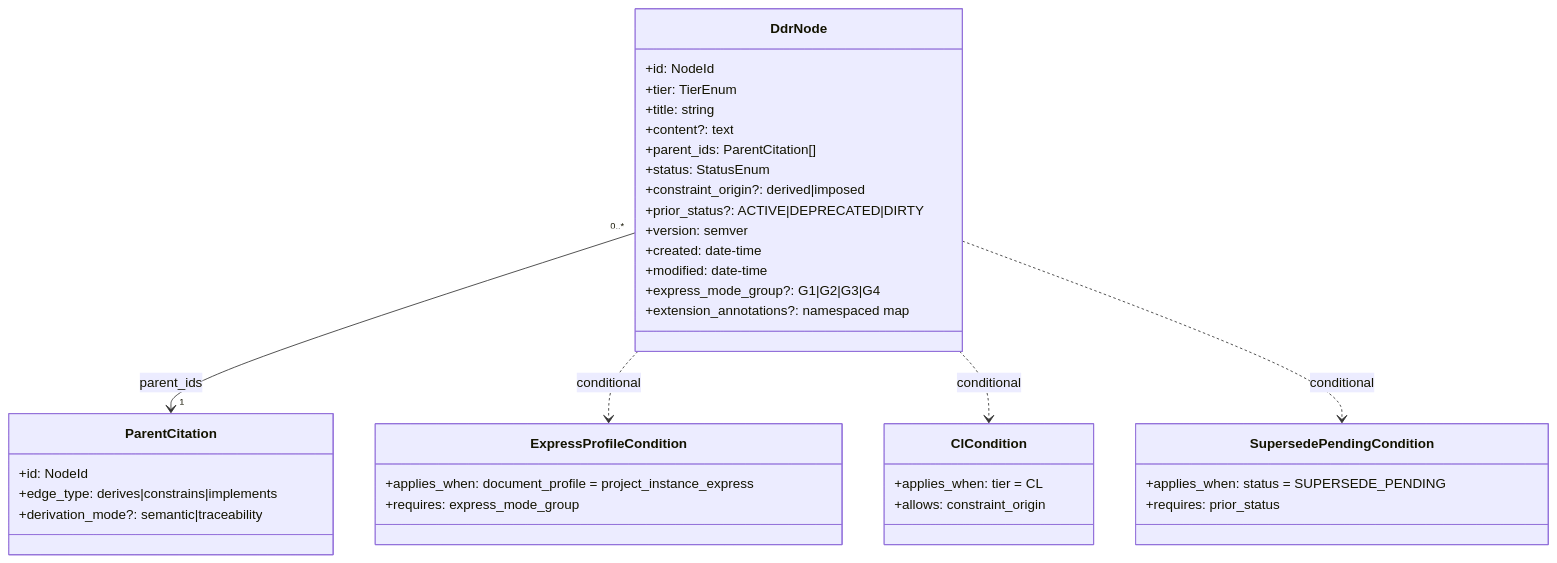
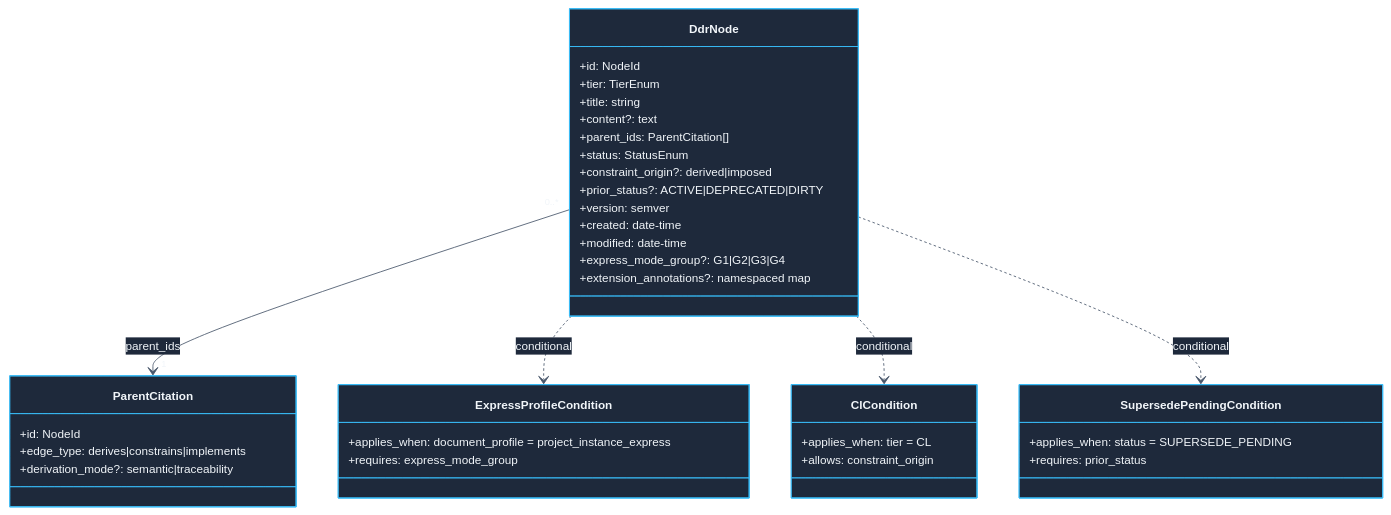
The seventh of 28 diagrams in .agent/assets/proposals/active/v6.3/ddr_ref_manual_v6.3.md (formosa/Antigravity), drawn with Mermaid before and after one commit. The commit also changed other lines of this file and 4 other files, not shown here.

````diff
--- a/.agent/assets/proposals/active/v6.3/ddr_ref_manual_v6.3.md
+++ b/.agent/assets/proposals/active/v6.3/ddr_ref_manual_v6.3.md
@@ -1105,83 +675,60 @@
 ```mermaid
-
+%%{
+  init: {
+    'theme': 'base',
+    'themeVariables': {
+      'primaryColor': '#1e293b',
+      'primaryTextColor': '#f1f5f9',
+      'primaryBorderColor': '#38bdf8',
+      'lineColor': '#475569',
+      'secondaryColor': '#0f172a',
+      'tertiaryColor': '#0f172a',
+      'clusterBkg': 'rgba(30, 41, 59, 0.5)',
+      'clusterBorder': '#475569',
+      'fontSize': '14px',
+      'fontFamily': 'Inter, system-ui, sans-serif',
+      'nodeBorder': '#38bdf8'
+    }
+  }
+}%%
 classDiagram
-
     accTitle: DdrNode and ParentCitation conditional structure
-
     accDescr: Shows the closed node contract, the typed parent citation surface, and the conditional branches that activate express-mode, CL-only, and SUPERSEDE_PENDING-only fields.
-
     class DdrNode {
-
       +id: NodeId
-
       +tier: TierEnum
-
       +title: string
-
       +content?: text
-
       +parent_ids: ParentCitation[]
-
       +status: StatusEnum
-
       +constraint_origin?: derived|imposed
-
       +prior_status?: ACTIVE|DEPRECATED|DIRTY
-
       +version: semver
-
       +created: date-time
-
       +modified: date-time
-
       +express_mode_group?: G1|G2|G3|G4
-
       +extension_annotations?: namespaced map
-
+    }
+    class ParentCitation {
+      +id: NodeId
+      +edge_type: derives|constrains|implements
+      +derivation_mode?: semantic|traceability
+    }
+    class ExpressProfileCondition {
+      +applies_when: document_profile = project_instance_express
+      +requires: express_mode_group
+    }
+    class ClCondition {
+      +applies_when: tier = CL
+      +allows: constraint_origin
+    }
+    class SupersedePendingCondition {
+      +applies_when: status = SUPERSEDE_PENDING
+      +requires: prior_status
     }
 
-    class ParentCitation {
-
-      +id: NodeId
-
-      +edge_type: derives|constrains|implements
-
-      +derivation_mode?: semantic|traceability
-
-    }
-
-    class ExpressProfileCondition {
-
-      +applies_when: document_profile = project_instance_express
-
-      +requires: express_mode_group
-
-    }
-
-    class ClCondition {
-
-      +applies_when: tier = CL
-
-      +allows: constraint_origin
-
-    }
-
-    class SupersedePendingCondition {
-
-      +applies_when: status = SUPERSEDE_PENDING
-
-      +requires: prior_status
-
-    }
-
-
-
     DdrNode "0..*" --> "1" ParentCitation : parent_ids
-
     DdrNode ..> ExpressProfileCondition : conditional
-
     DdrNode ..> ClCondition : conditional
-
     DdrNode ..> SupersedePendingCondition : conditional
-
 ```
````
